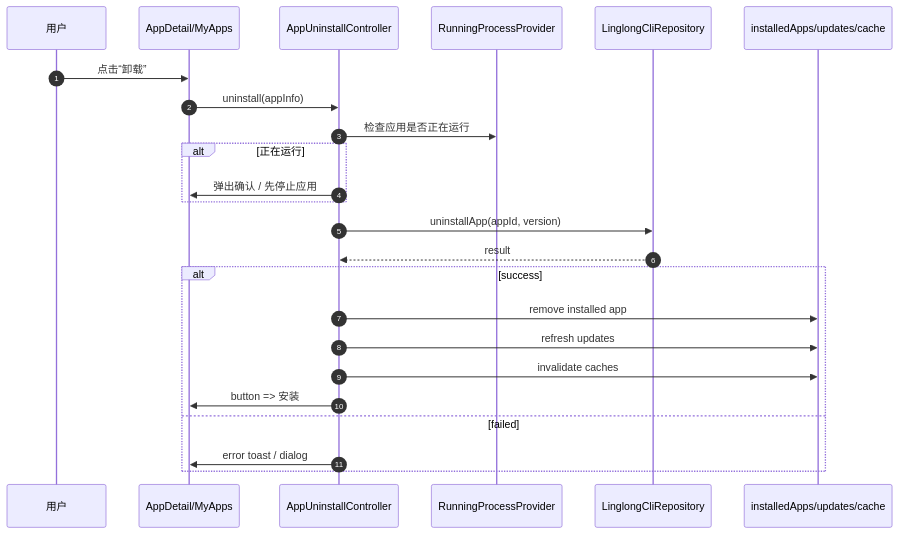
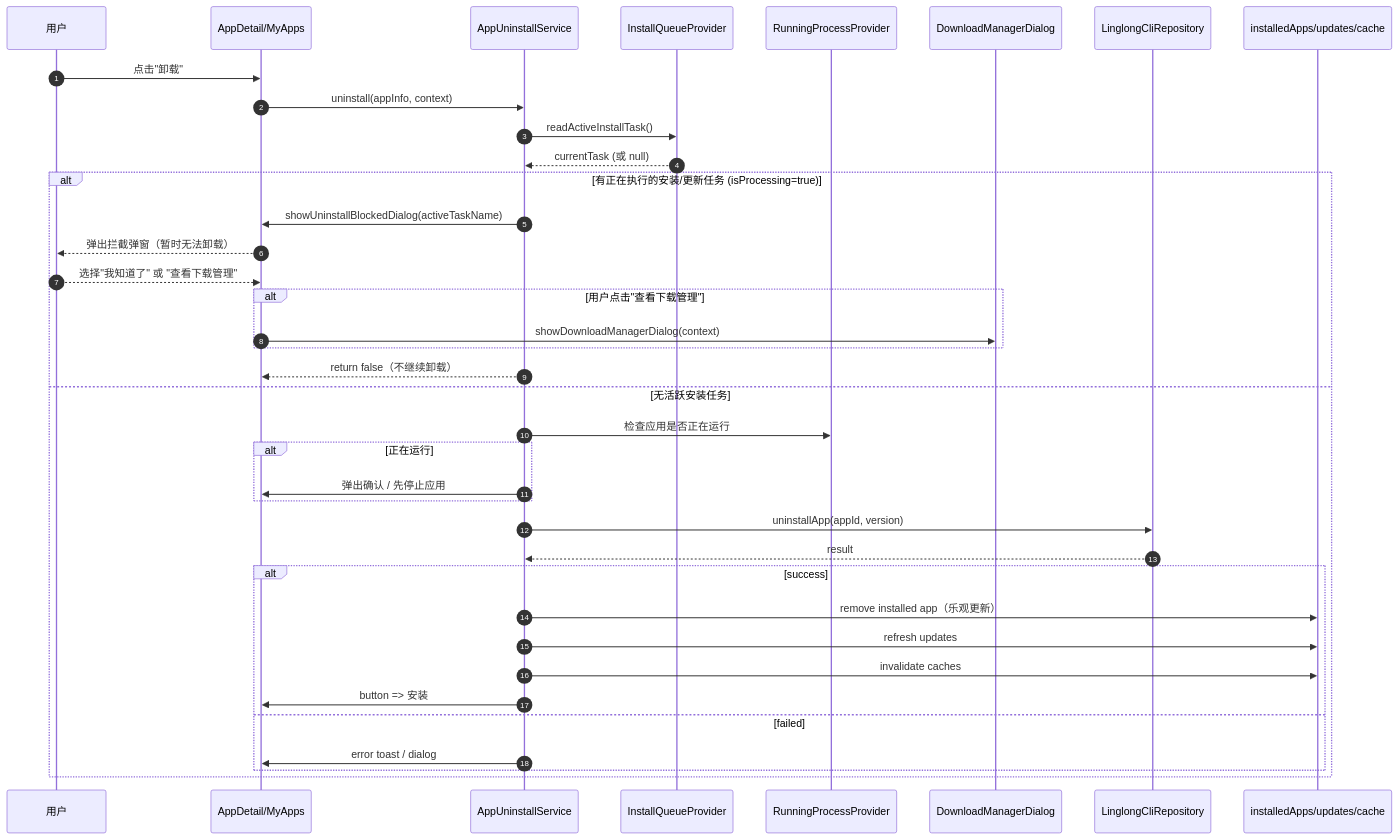
Before and after one commit to HanHan666666/flutter-linglong-store: the eighth of 16 diagrams in docs/07-runtime-sequence-and-state-diagrams.md, drawn with Mermaid. The commit also changed 1 other file, not shown here.

Commit message:
docs: 补充安装中卸载拦截时序图与项目约定

````diff
--- a/docs/07-runtime-sequence-and-state-diagrams.md
+++ b/docs/07-runtime-sequence-and-state-diagrams.md
@@ -384,30 +384,47 @@
 ```mermaid
 sequenceDiagram
     autonumber
     participant User as 用户
     participant UI as AppDetail/MyApps
-    participant Uninstall as AppUninstallController
+    participant Uninstall as AppUninstallService
+    participant Queue as InstallQueueProvider
     participant Process as RunningProcessProvider
+    participant DL as DownloadManagerDialog
     participant CLI as LinglongCliRepository
     participant Stores as installedApps/updates/cache
 
-    User->>UI: 点击“卸载”
-    UI->>Uninstall: uninstall(appInfo)
-    Uninstall->>Process: 检查应用是否正在运行
+    User->>UI: 点击"卸载"
+    UI->>Uninstall: uninstall(appInfo, context)
 
-    alt 正在运行
-        Uninstall->>UI: 弹出确认 / 先停止应用
-    end
+    %% 新增：安装中拦截前置检查
+    Uninstall->>Queue: readActiveInstallTask()
+    Queue-->>Uninstall: currentTask (或 null)
 
-    Uninstall->>CLI: uninstallApp(appId, version)
-    CLI-->>Uninstall: result
+    alt 有正在执行的安装/更新任务 (isProcessing=true)
+        Uninstall->>UI: showUninstallBlockedDialog(activeTaskName)
+        UI-->>User: 弹出拦截弹窗（暂时无法卸载）
+        User-->>UI: 选择"我知道了" 或 "查看下载管理"
+        alt 用户点击"查看下载管理"
+            UI->>DL: showDownloadManagerDialog(context)
+        end
+        Uninstall-->>UI: return false（不继续卸载）
+    else 无活跃安装任务
+        Uninstall->>Process: 检查应用是否正在运行
 
-    alt success
-        Uninstall->>Stores: remove installed app
-        Uninstall->>Stores: refresh updates
-        Uninstall->>Stores: invalidate caches
-        Uninstall->>UI: button => 安装
-    else failed
-        Uninstall->>UI: error toast / dialog
+        alt 正在运行
+            Uninstall->>UI: 弹出确认 / 先停止应用
+        end
+
+        Uninstall->>CLI: uninstallApp(appId, version)
+        CLI-->>Uninstall: result
+
+        alt success
+            Uninstall->>Stores: remove installed app（乐观更新）
+            Uninstall->>Stores: refresh updates
+            Uninstall->>Stores: invalidate caches
+            Uninstall->>UI: button => 安装
+        else failed
+            Uninstall->>UI: error toast / dialog
+        end
     end
 ```
````
